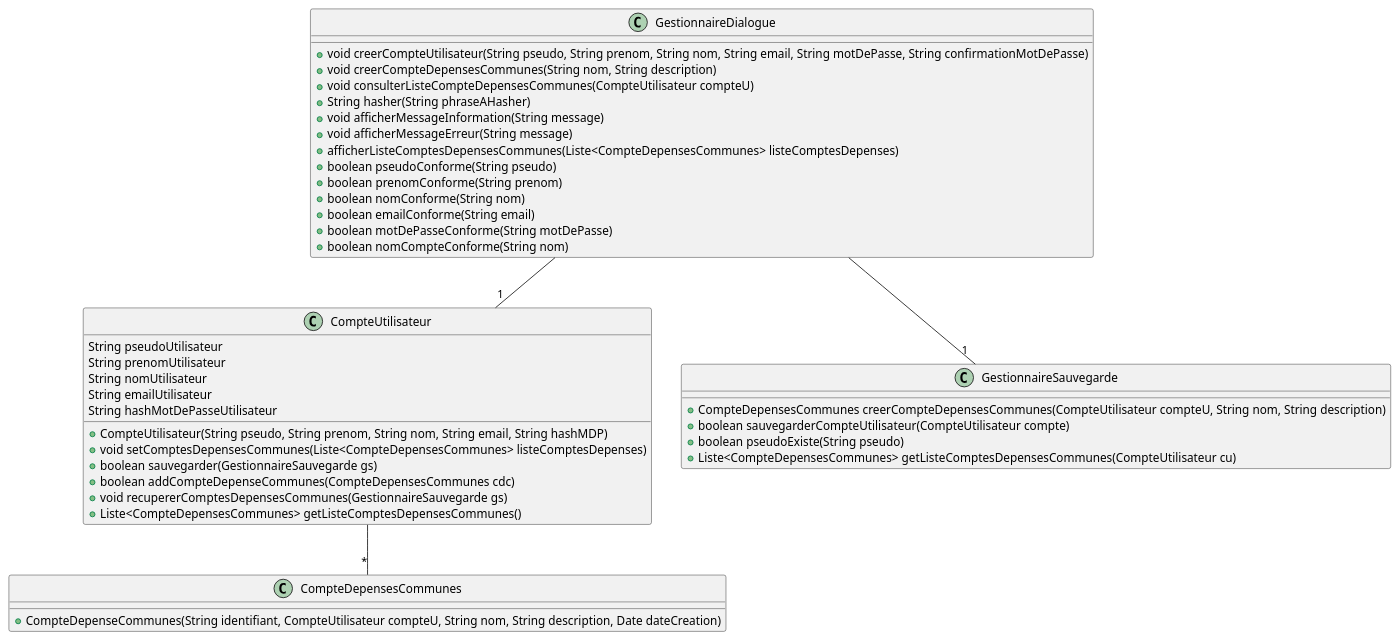
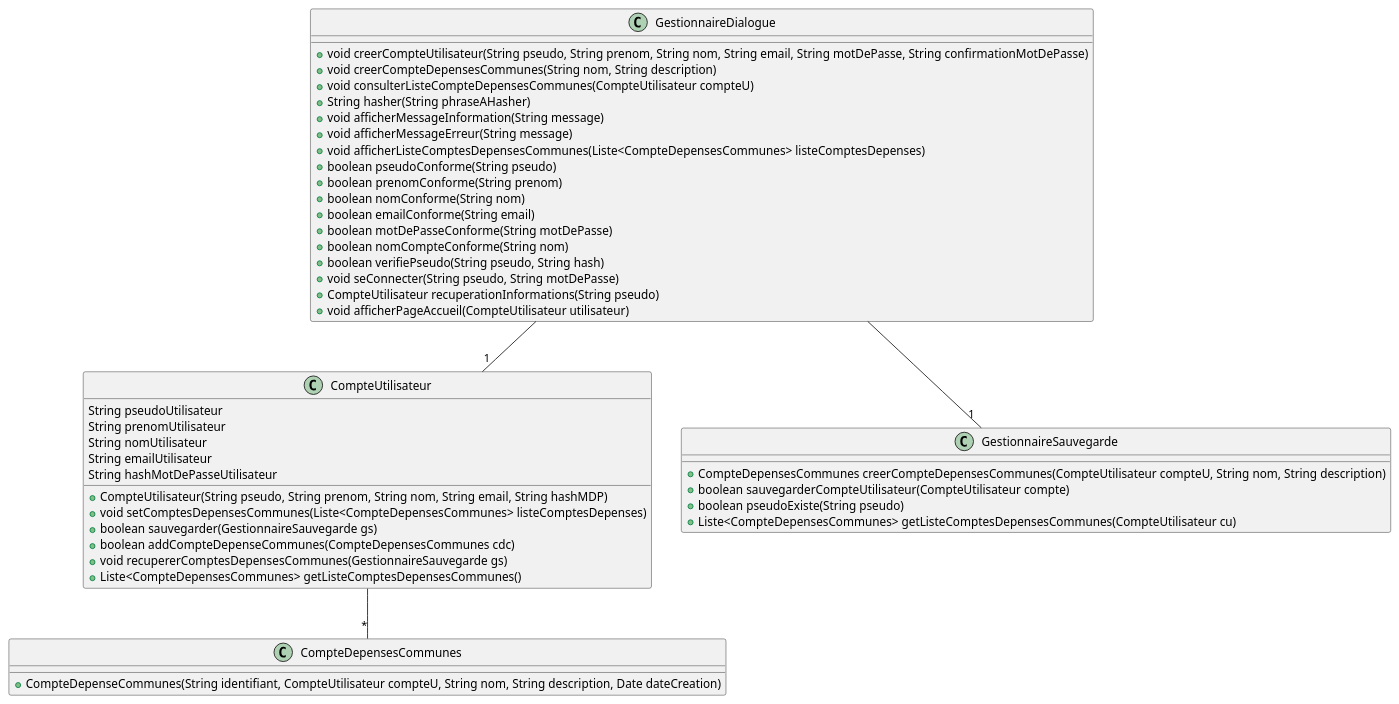
Before and after one commit to lmtb06/sharecount: the diagram in diagrammes/conception/classes.puml, drawn with PlantUML. The commit also changed 7 other files, not shown here.

Commit message:
Ajout du cas d'utilisation de se connecter, ainsi que les diagrammes de séquence dans la specification et la conception

```diff
--- a/diagrammes/conception/classes.puml
+++ b/diagrammes/conception/classes.puml
@@ -1,46 +1,50 @@
 @startuml Classes
 
 	class GestionnaireDialogue {
 		+void creerCompteUtilisateur(String pseudo, String prenom, String nom, String email, String motDePasse, String confirmationMotDePasse)
 		+void creerCompteDepensesCommunes(String nom, String description)
 		+void consulterListeCompteDepensesCommunes(CompteUtilisateur compteU)
 		+String hasher(String phraseAHasher)
 		+void afficherMessageInformation(String message)
 		+void afficherMessageErreur(String message)
-		+afficherListeComptesDepensesCommunes(Liste<CompteDepensesCommunes> listeComptesDepenses)
+		+void afficherListeComptesDepensesCommunes(Liste<CompteDepensesCommunes> listeComptesDepenses)
 		+boolean pseudoConforme(String pseudo)
 		+boolean prenomConforme(String prenom)
 		+boolean nomConforme(String nom)
 		+boolean emailConforme(String email)
 		+boolean motDePasseConforme(String motDePasse)
 		+boolean nomCompteConforme(String nom)
+		+boolean verifiePseudo(String pseudo, String hash)
+		+void seConnecter(String pseudo, String motDePasse)
+		+CompteUtilisateur recuperationInformations(String pseudo)
+		+void afficherPageAccueil(CompteUtilisateur utilisateur)
 	}
 	GestionnaireDialogue --"1" CompteUtilisateur
 	GestionnaireDialogue --"1" GestionnaireSauvegarde
 
 	class GestionnaireSauvegarde {
 		+CompteDepensesCommunes creerCompteDepensesCommunes(CompteUtilisateur compteU, String nom, String description)
 		+boolean sauvegarderCompteUtilisateur(CompteUtilisateur compte)
 		+boolean pseudoExiste(String pseudo)
 		+Liste<CompteDepensesCommunes> getListeComptesDepensesCommunes(CompteUtilisateur cu)
 	}
 
 	class CompteUtilisateur {
 		String pseudoUtilisateur
 		String prenomUtilisateur
 		String nomUtilisateur
 		String emailUtilisateur
 		String hashMotDePasseUtilisateur
 		+CompteUtilisateur(String pseudo, String prenom, String nom, String email, String hashMDP)
 		+void setComptesDepensesCommunes(Liste<CompteDepensesCommunes> listeComptesDepenses)
 		+boolean sauvegarder(GestionnaireSauvegarde gs)
 		+boolean addCompteDepenseCommunes(CompteDepensesCommunes cdc)
 		+void recupererComptesDepensesCommunes(GestionnaireSauvegarde gs)
 		+Liste<CompteDepensesCommunes> getListeComptesDepensesCommunes()
 	}
 	CompteUtilisateur --"*" CompteDepensesCommunes
 	class CompteDepensesCommunes {
 		+CompteDepenseCommunes(String identifiant, CompteUtilisateur compteU, String nom, String description, Date dateCreation)
 	}
 
 @enduml
```
